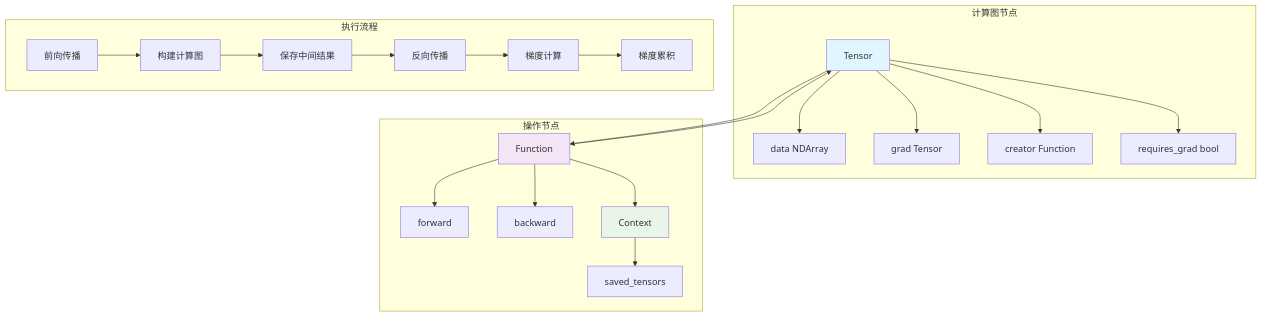
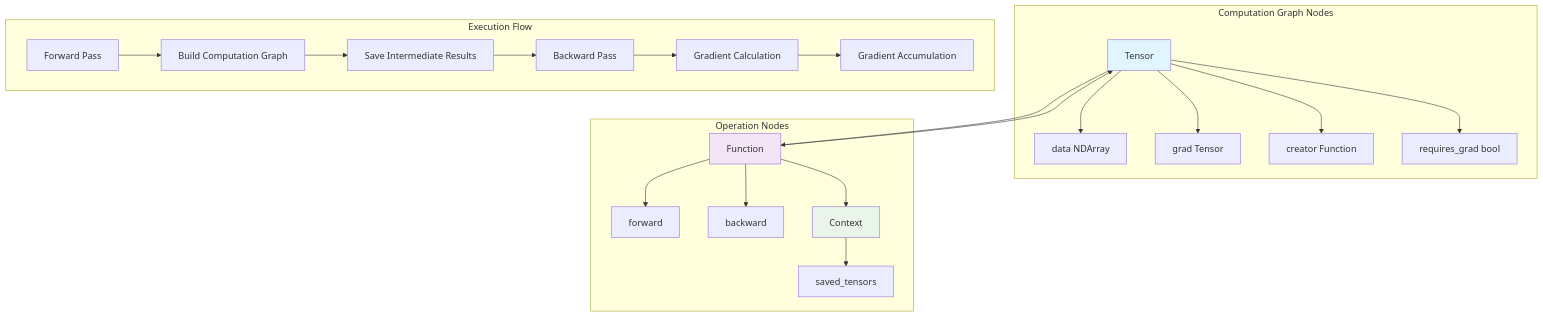
Before and after one commit to phonism/genesis: the diagram in docs/core-components/autograd.md, drawn with Mermaid. The commit also changed other lines of this file and 74 other files, not shown here.

````diff
--- a/docs/core-components/autograd.md
+++ b/docs/core-components/autograd.md
@@ -15,31 +15,31 @@
 ```mermaid
 graph TB
-    subgraph "计算图节点"
+    subgraph "Computation Graph Nodes"
         A[Tensor] --> B[data NDArray]
         A --> C[grad Tensor]
         A --> D[creator Function]
         A --> E[requires_grad bool]
     end
     
-    subgraph "操作节点"
+    subgraph "Operation Nodes"
         F[Function] --> G[forward]
         F --> H[backward]
         F --> I[Context]
         I --> J[saved_tensors]
     end
     
-    subgraph "执行流程"
-        K[前向传播] --> L[构建计算图]
-        L --> M[保存中间结果]
-        M --> N[反向传播]
-        N --> O[梯度计算]
-        O --> P[梯度累积]
+    subgraph "Execution Flow"
+        K[Forward Pass] --> L[Build Computation Graph]
+        L --> M[Save Intermediate Results]
+        M --> N[Backward Pass]
+        N --> O[Gradient Calculation]
+        O --> P[Gradient Accumulation]
     end
     
     A --> F
     F --> A
     
     style A fill:#e1f5fe
     style F fill:#f3e5f5
     style I fill:#e8f5e8
 ```
````
